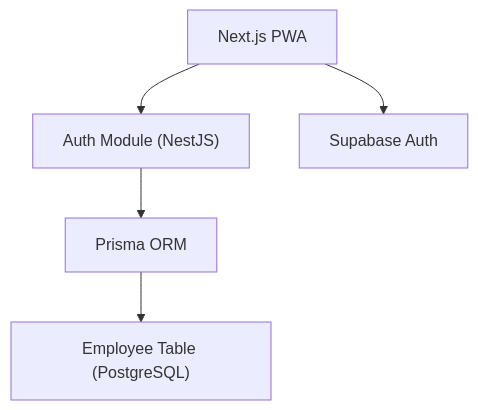
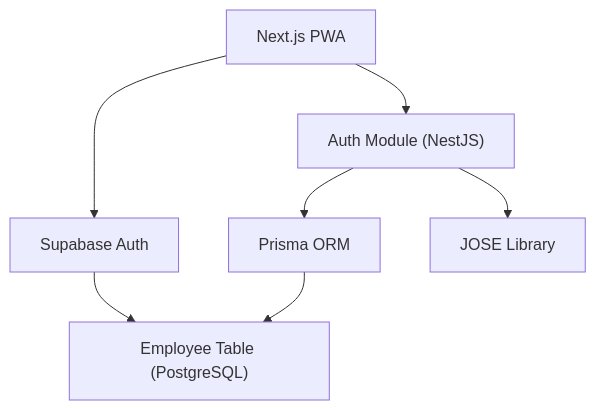
One commit to epo33m/scheduling changed the fourth of 4 diagrams in .qoder/repowiki/en/content/Product Requirements Document/Functional Specifications/Authentication Module (F1).md. Above: the diagram before and after it, drawn with Mermaid. The commit also changed other lines of this file and 46 other files, not shown here.

````diff
--- a/.qoder/repowiki/en/content/Product Requirements Document/Functional Specifications/Authentication Module (F1).md
+++ b/.qoder/repowiki/en/content/Product Requirements Document/Functional Specifications/Authentication Module (F1).md
@@ -249,12 +331,15 @@
 ```mermaid
 graph TB
 AuthModule["Auth Module (NestJS)"]
 SupabaseAuth["Supabase Auth"]
 EmployeeDB["Employee Table (PostgreSQL)"]
 Prisma["Prisma ORM"]
 NextPWA["Next.js PWA"]
+JOSE["JOSE Library"]
 NextPWA --> SupabaseAuth
 NextPWA --> AuthModule
 AuthModule --> Prisma
+AuthModule --> JOSE
 Prisma --> EmployeeDB
+SupabaseAuth --> EmployeeDB
 ```
````
